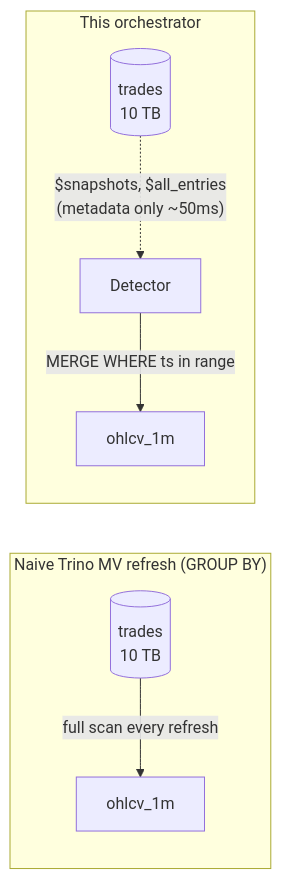
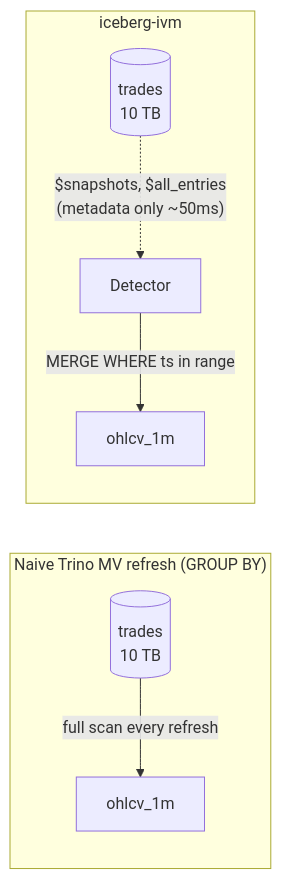
Before and after one commit to jonasbrami/iceberg-ivm: the first of 11 diagrams in LEARNING_GUIDE.md, drawn with Mermaid. The commit also changed other lines of this file and 16 other files, not shown here.

````diff
--- a/LEARNING_GUIDE.md
+++ b/LEARNING_GUIDE.md
@@ -19,10 +19,10 @@
 ```mermaid
 flowchart LR
     subgraph Naive["Naive Trino MV refresh (GROUP BY)"]
         S1[("trades<br/>10 TB")] -->|"full scan every refresh"| MV1["ohlcv_1m"]
     end
-    subgraph Smart["This orchestrator"]
+    subgraph Smart["iceberg-ivm"]
         S2[("trades<br/>10 TB")] -.->|"$snapshots, $all_entries<br/>(metadata only ~50ms)"| D["Detector"]
         D -->|"MERGE WHERE ts in range"| MV2["ohlcv_1m"]
     end
 ```
````
